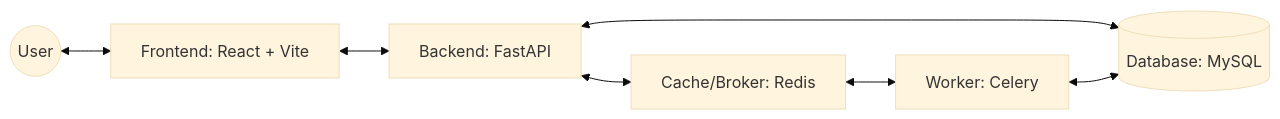
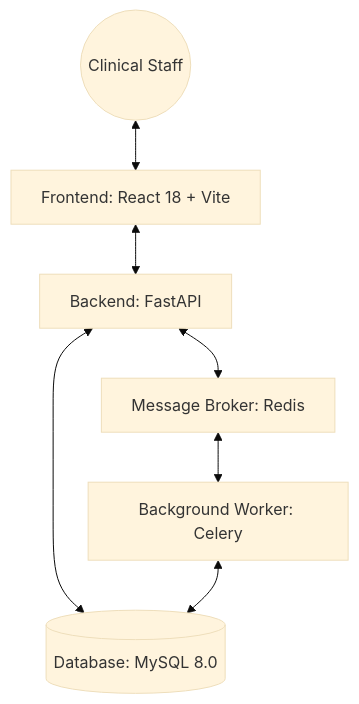
One commit to dmasprstya/hgo-app changed the diagram in README.md. Above: the diagram before and after it, drawn with Mermaid (base theme). The commit also changed other lines of this file and 26 other files, not shown here.

Commit message:
upd: melakukan penyesuaian pada desain aplikasi. menambahkan toggle untuk mode gelap dan terang, menggunakan icons dari heroicons, menyesuaikan kembali tampilan charts dan penyesuaian sistem

````diff
--- a/README.md
+++ b/README.md
@@ -15,9 +30,9 @@
 ```mermaid
-graph LR
-    User((User)) <--> Frontend[Frontend: React + Vite]
+graph TD
+    User((Clinical Staff)) <--> Frontend[Frontend: React 18 + Vite]
     Frontend <--> Backend[Backend: FastAPI]
-    Backend <--> MySQL[(Database: MySQL)]
-    Backend <--> Redis[Cache/Broker: Redis]
-    Redis <--> Worker[Worker: Celery]
+    Backend <--> MySQL[(Database: MySQL 8.0)]
+    Backend <--> Redis[Message Broker: Redis]
+    Redis <--> Worker[Background Worker: Celery]
     Worker <--> MySQL
 ```
````
